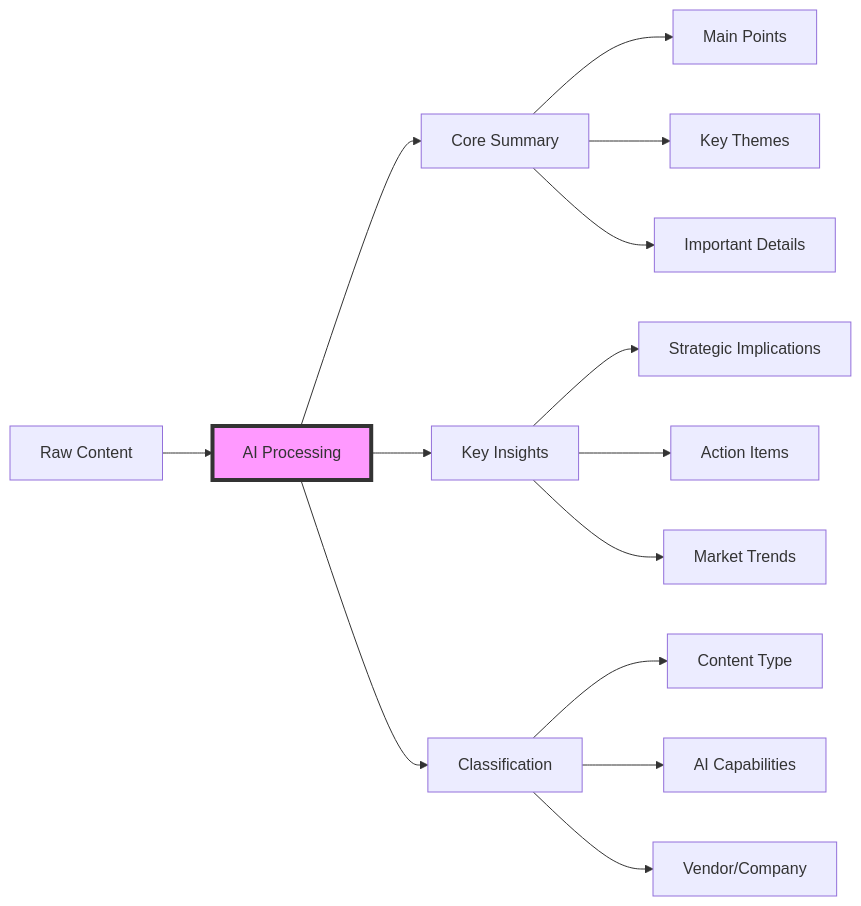
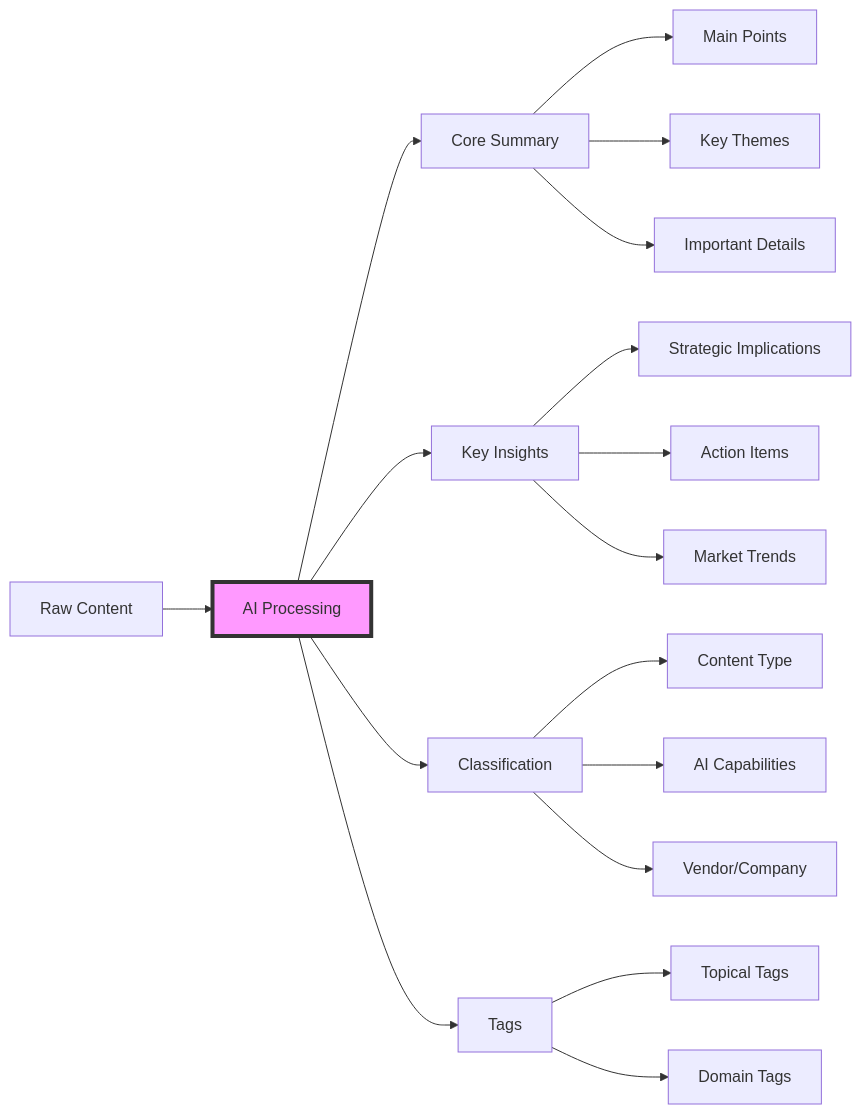
The sixth of 8 diagrams in docs/guides/workflow-overview.md (riverscornelson/knowledge-pipeline), drawn with Mermaid before and after one commit. The commit also changed other lines of this file and 8 other files, not shown here.

````diff
--- a/docs/guides/workflow-overview.md
+++ b/docs/guides/workflow-overview.md
@@ -159,21 +162,25 @@
 ```mermaid
 flowchart LR
     A[Raw Content] --> B[AI Processing]
     B --> C[Core Summary]
     B --> D[Key Insights]
     B --> E[Classification]
+    B --> T[Tags]
     
     C --> C1[Main Points]
     C --> C2[Key Themes]
     C --> C3[Important Details]
     
     D --> D1[Strategic Implications]
     D --> D2[Action Items]
     D --> D3[Market Trends]
     
     E --> E1[Content Type]
     E --> E2[AI Capabilities]
     E --> E3[Vendor/Company]
     
+    T --> T1[Topical Tags]
+    T --> T2[Domain Tags]
+    
     style B fill:#f9f,stroke:#333,stroke-width:4px
 ```
````
